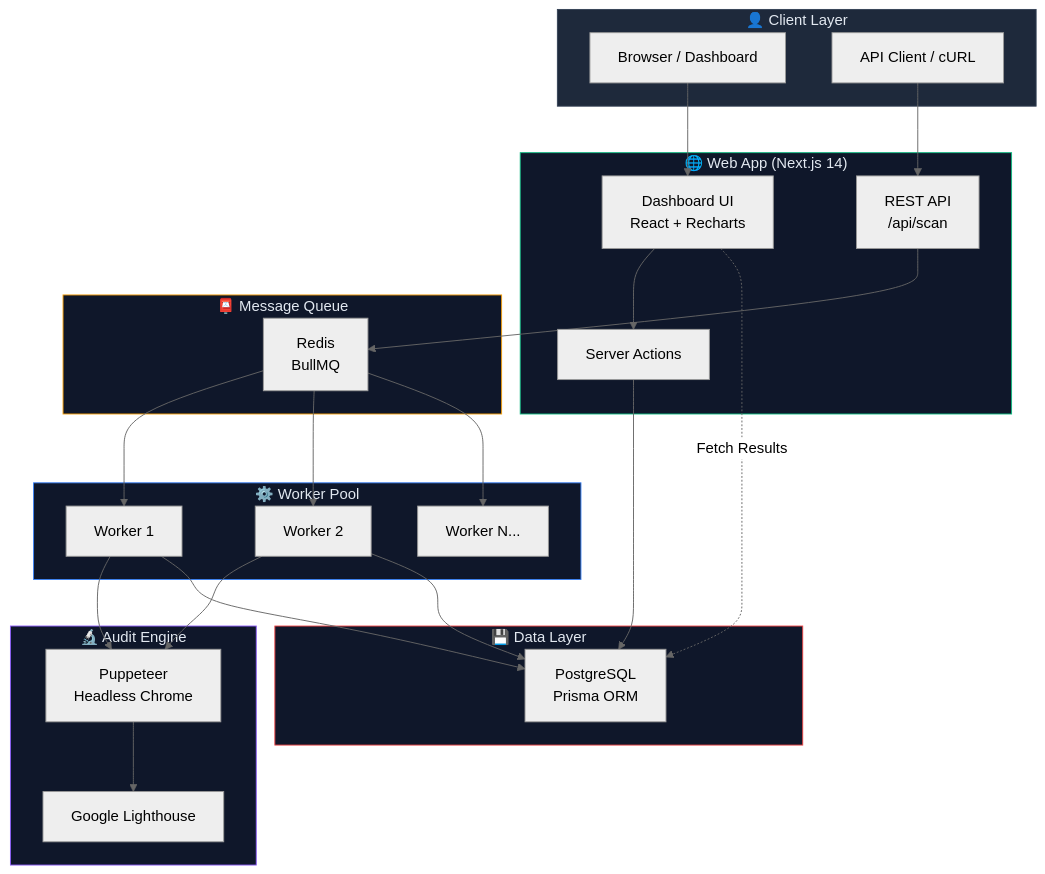
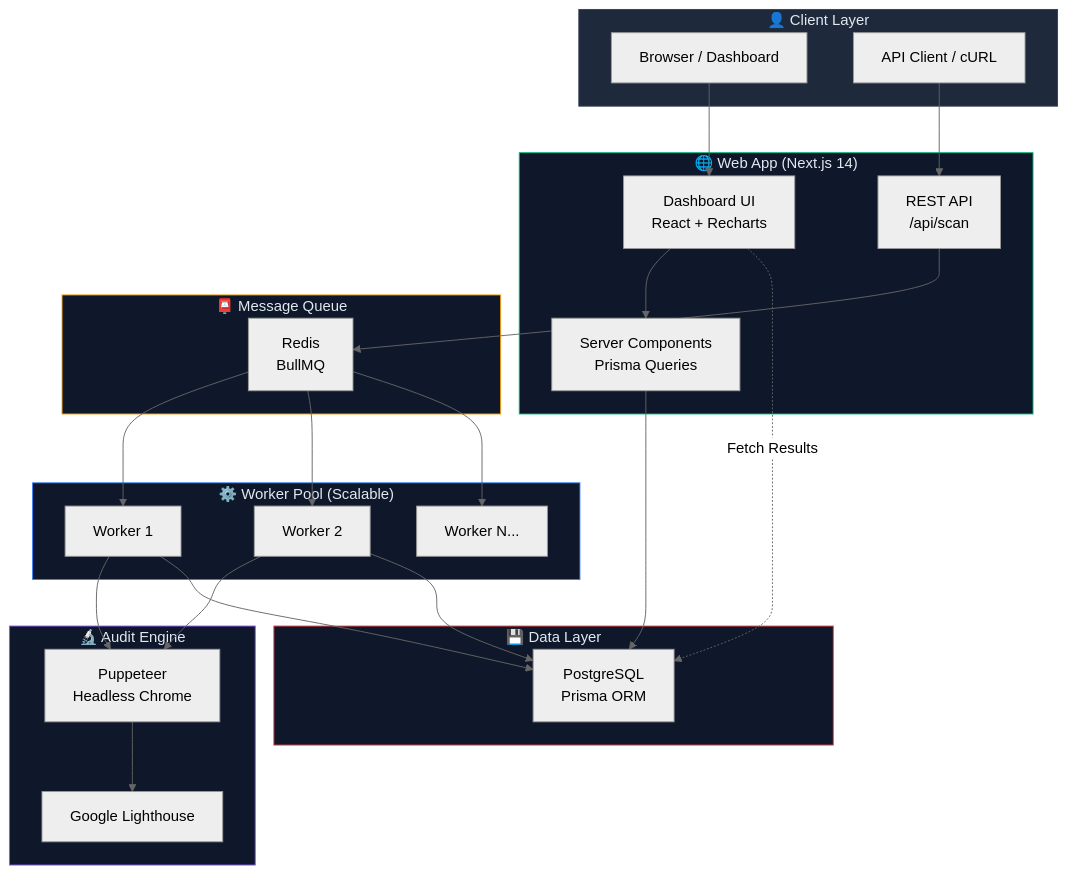
Before and after one commit to lekhanpro/perfpatrol: the diagram in README.md, drawn with Mermaid (neutral theme). The commit also changed other lines of this file and 24 other files, not shown here.

````diff
--- a/README.md
+++ b/README.md
@@ -154,54 +188,54 @@
 ```mermaid
 graph TB
     subgraph Client["👤 Client Layer"]
         Browser["Browser / Dashboard"]
         API_Client["API Client / cURL"]
     end
 
     subgraph WebApp["🌐 Web App (Next.js 14)"]
         Dashboard["Dashboard UI<br/>React + Recharts"]
         API["REST API<br/>/api/scan"]
-        ServerActions["Server Actions"]
+        ServerActions["Server Components<br/>Prisma Queries"]
     end
 
     subgraph Queue["📮 Message Queue"]
         Redis["Redis<br/>BullMQ"]
     end
 
-    subgraph Workers["⚙️ Worker Pool"]
+    subgraph Workers["⚙️ Worker Pool (Scalable)"]
         Worker1["Worker 1"]
         Worker2["Worker 2"]
         WorkerN["Worker N..."]
     end
 
     subgraph Engine["🔬 Audit Engine"]
         Puppeteer["Puppeteer<br/>Headless Chrome"]
         Lighthouse["Google Lighthouse"]
     end
 
     subgraph Storage["💾 Data Layer"]
         Postgres["PostgreSQL<br/>Prisma ORM"]
     end
 
     Browser --> Dashboard
     API_Client --> API
     Dashboard --> ServerActions
     ServerActions --> Postgres
     API --> Redis
     Redis --> Worker1
     Redis --> Worker2
     Redis --> WorkerN
     Worker1 --> Puppeteer
     Worker2 --> Puppeteer
     Puppeteer --> Lighthouse
     Worker1 --> Postgres
     Worker2 --> Postgres
     Dashboard -.->|"Fetch Results"| Postgres
 
     style Client fill:#1e293b,stroke:#334155,color:#e2e8f0
     style WebApp fill:#0f172a,stroke:#10b981,color:#e2e8f0
     style Queue fill:#0f172a,stroke:#f59e0b,color:#e2e8f0
     style Workers fill:#0f172a,stroke:#3b82f6,color:#e2e8f0
     style Engine fill:#0f172a,stroke:#8b5cf6,color:#e2e8f0
     style Storage fill:#0f172a,stroke:#ef4444,color:#e2e8f0
 ```
````
